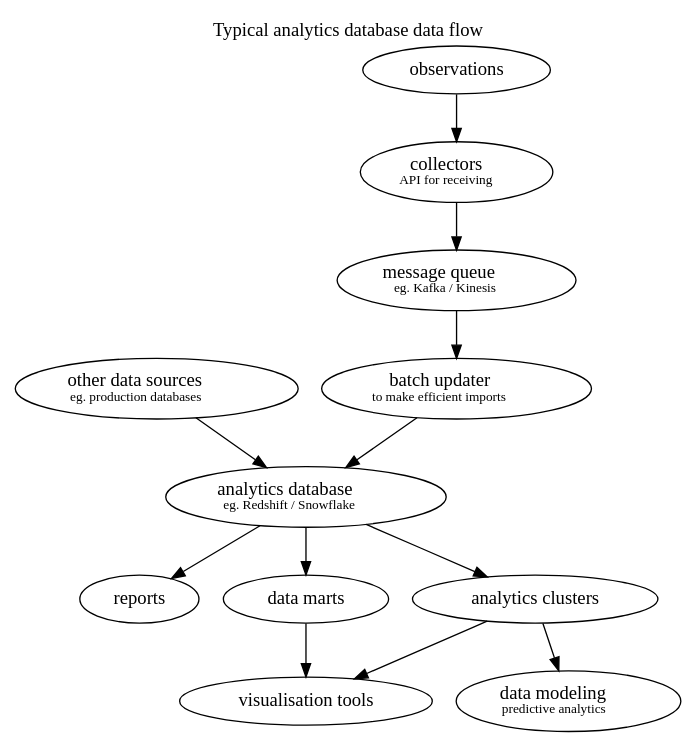
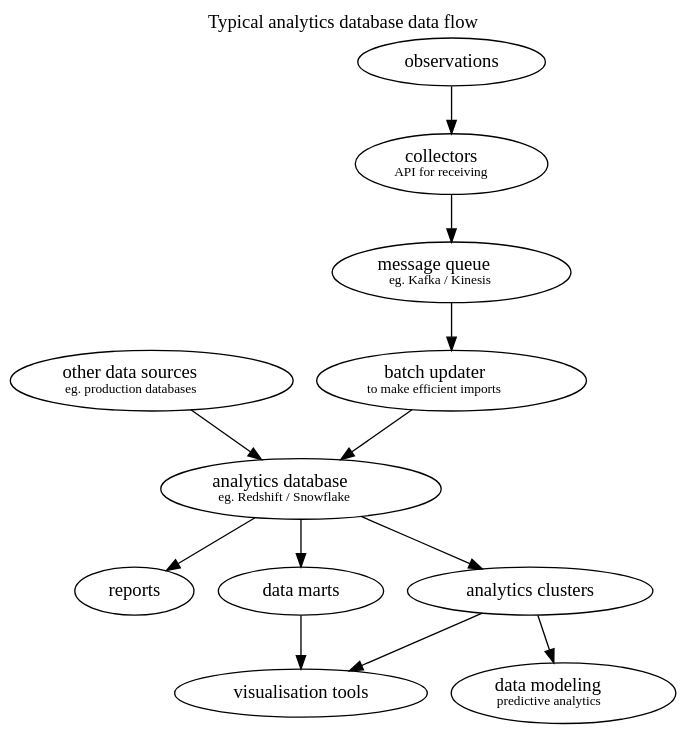
One commit to pkalliok/mle-analytics-db-lecture changed the diagram in diagrams/db-dataflow.dot. Above: the diagram before and after it, drawn with Graphviz. The commit also changed 2 other files, not shown here.

Commit message:
Make the dot diagrams transparent

```diff
--- a/diagrams/db-dataflow.dot
+++ b/diagrams/db-dataflow.dot
@@ -1,15 +1,17 @@
 digraph dataflow {
  label = "Typical analytics database data flow";
  labelloc = top;
+ bgcolor = transparent;
+ node [fillcolor = white, style = filled];
  collectors [label=<collectors<br/><font point-size="10">API for receiving</font>>];
  queue [label=<message queue<br/><font point-size="10">eg. Kafka / Kinesis</font>>];
  batch [label=<batch updater<br/><font point-size="10">to make efficient imports</font>>];
  db [label=<analytics database<br/><font point-size="10">eg. Redshift / Snowflake</font>>];
  sources [label=<other data sources<br/><font point-size="10">eg. production databases</font>>];
  modeling [label=<data modeling<br/><font point-size="10">predictive analytics</font>>];
  observations -> collectors -> queue -> batch -> db -> reports;
  db -> "data marts" -> "visualisation tools";
  db -> "analytics clusters" -> "visualisation tools";
  "analytics clusters" -> modeling;
  sources -> db;
 }
```
